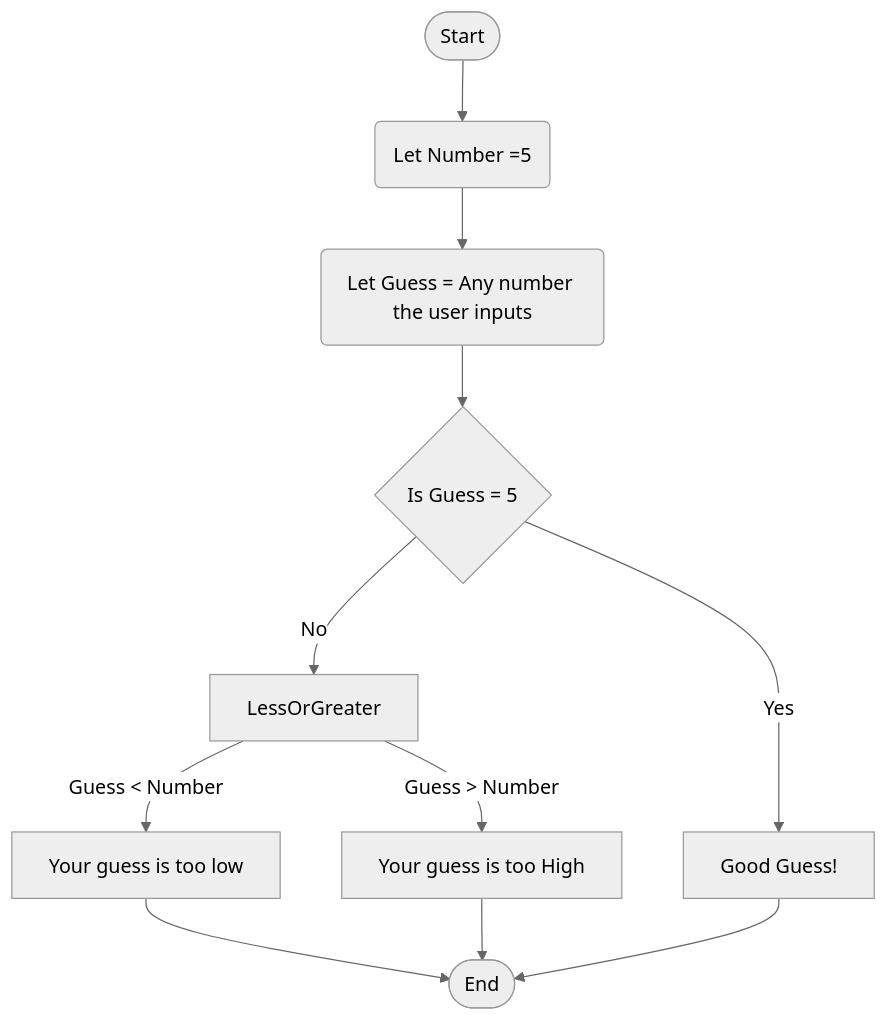
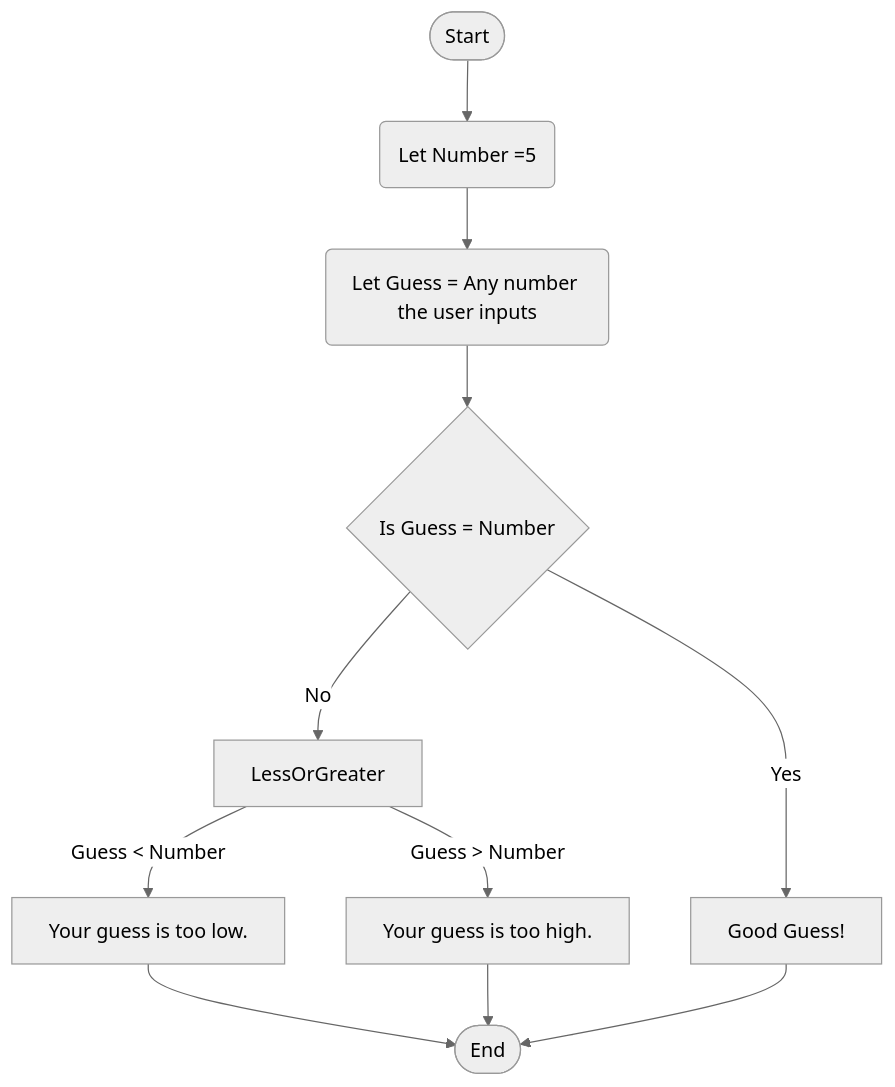
Before and after one commit to s-divakaruni/s-divakaruni.github.io: the diagram in Guessing.md, drawn with Mermaid (neutral theme). The commit also changed other lines of this file, not shown here.

````diff
--- a/Guessing.md
+++ b/Guessing.md
@@ -1,13 +2,13 @@
 ```mermaid 
 flowchart TD
     Start([Start]) -->  Assign("Let Number =5")
     Assign --> Assume("Let Guess = Any number the user inputs")
-    Assume --> Check{"Is Guess = 5"}
+    Assume --> Check{"Is Guess = Number"}
     Check --> |Yes| Correct["Good Guess!"]
     Check --> |No| LessOrGreater 
-    LessOrGreater --> |Guess < Number| TooLow["Your guess is too low"]
-    LessOrGreater --> |Guess > Number| TooHigh["Your guess is too High"]
+    LessOrGreater --> |Guess < Number| TooLow["Your guess is too low."]
+    LessOrGreater --> |Guess > Number| TooHigh["Your guess is too high."]
     TooLow -->End([End])
     TooHigh -->End([End])
     Correct -->End([End])
 ```
````
